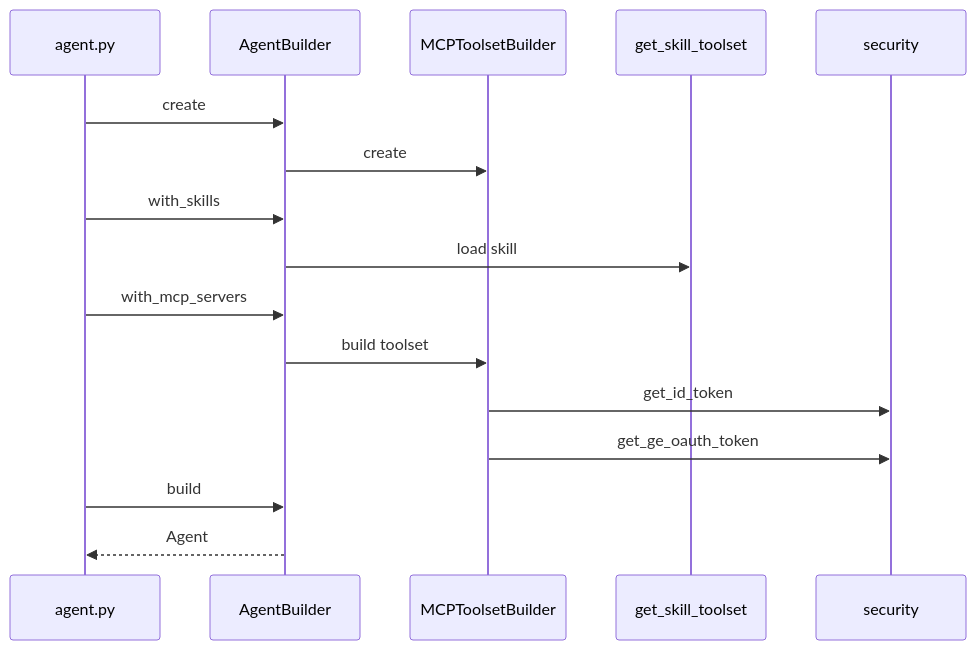
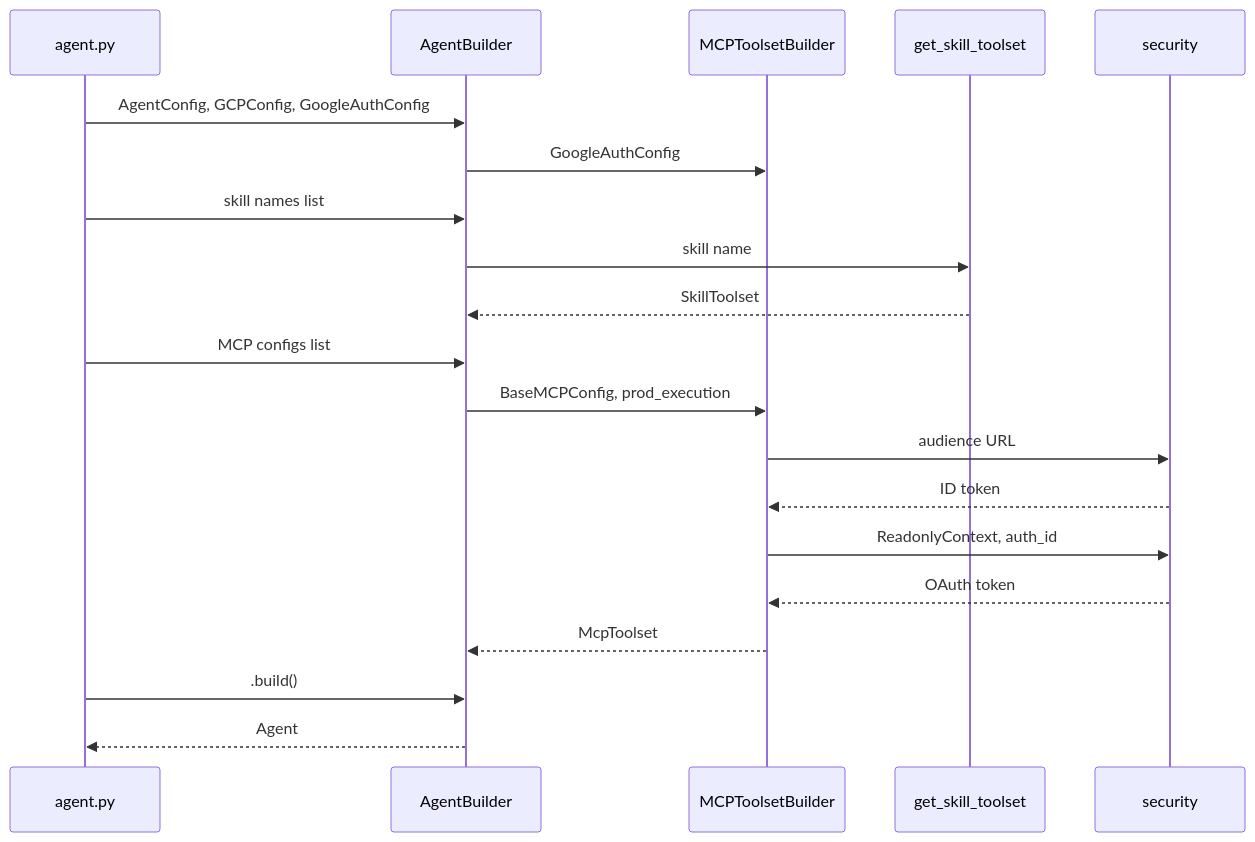
Before and after one commit to eamadorm-endava/Research-Agent: the diagram in agent/core_agent/README.md, drawn with Mermaid.

Commit message:
Update Sequence Diagram to explain the interactions between the different classes that builds the Agent class

````diff
--- a/agent/core_agent/README.md
+++ b/agent/core_agent/README.md
@@ -34,13 +34,17 @@
 ```mermaid
 sequenceDiagram
-    agent.py->>AgentBuilder: create
-    AgentBuilder->>MCPToolsetBuilder: create
-    agent.py->>AgentBuilder: with_skills
-    AgentBuilder->>get_skill_toolset: load skill
-    agent.py->>AgentBuilder: with_mcp_servers
-    AgentBuilder->>MCPToolsetBuilder: build toolset
-    MCPToolsetBuilder->>security: get_id_token
-    MCPToolsetBuilder->>security: get_ge_oauth_token
-    agent.py->>AgentBuilder: build
+    agent.py->>AgentBuilder: AgentConfig, GCPConfig, GoogleAuthConfig
+    AgentBuilder->>MCPToolsetBuilder: GoogleAuthConfig
+    agent.py->>AgentBuilder: skill names list
+    AgentBuilder->>get_skill_toolset: skill name
+    get_skill_toolset-->>AgentBuilder: SkillToolset
+    agent.py->>AgentBuilder: MCP configs list
+    AgentBuilder->>MCPToolsetBuilder: BaseMCPConfig, prod_execution
+    MCPToolsetBuilder->>security: audience URL
+    security-->>MCPToolsetBuilder: ID token
+    MCPToolsetBuilder->>security: ReadonlyContext, auth_id
+    security-->>MCPToolsetBuilder: OAuth token
+    MCPToolsetBuilder-->>AgentBuilder: McpToolset
+    agent.py->>AgentBuilder: .build()
     AgentBuilder-->>agent.py: Agent
 ```
````
